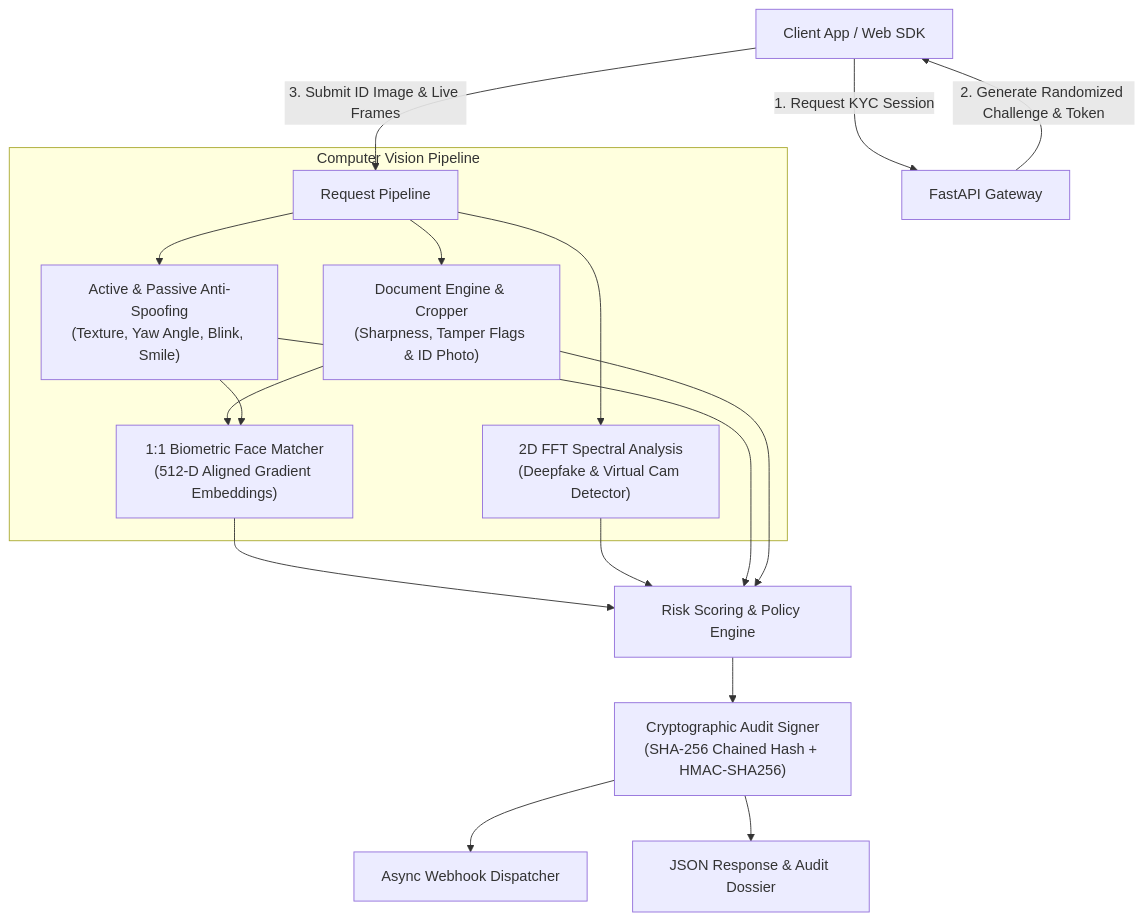
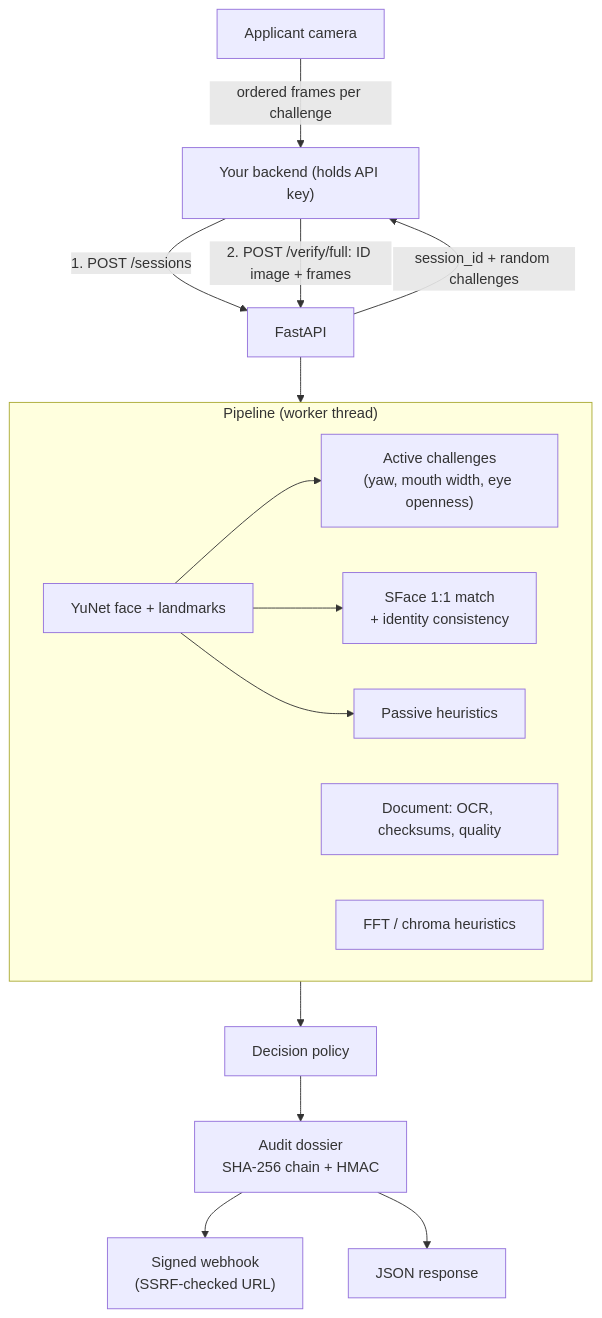
One commit to saravanan-22/trustid-vkyc-service changed the diagram in README.md. Above: the diagram before and after it, drawn with Mermaid. The commit also changed other lines of this file and 71 other files, not shown here.

````diff
--- a/README.md
+++ b/README.md
@@ -29,25 +50,21 @@
 ```mermaid
 flowchart TD
-    Client["Client App / Web SDK"] -->|1. Request KYC Session| API["FastAPI Gateway"]
-    API -->|2. Generate Randomized Challenge & Token| Client
-    
-    Client -->|3. Submit ID Image & Live Frames| Ingestion["Request Pipeline"]
-    
-    subgraph Computer Vision Pipeline
-        Ingestion --> DeepfakeMod["2D FFT Spectral Analysis<br/>(Deepfake & Virtual Cam Detector)"]
-        Ingestion --> LivenessMod["Active & Passive Anti-Spoofing<br/>(Texture, Yaw Angle, Blink, Smile)"]
-        Ingestion --> DocOCR["Document Engine & Cropper<br/>(Sharpness, Tamper Flags & ID Photo)"]
-        
-        DocOCR --> BiometricMatch["1:1 Biometric Face Matcher<br/>(512-D Aligned Gradient Embeddings)"]
-        LivenessMod --> BiometricMatch
+    Backend["Your backend (holds API key)"] -->|1. POST /sessions| API["FastAPI"]
+    API -->|session_id + random challenges| Backend
+    Browser["Applicant camera"] -->|ordered frames per challenge| Backend
+    Backend -->|2. POST /verify/full: ID image + frames| API
+
+    subgraph Pipeline["Pipeline (worker thread)"]
+        Detect["YuNet face + landmarks"] --> Active["Active challenges<br/>(yaw, mouth width, eye openness)"]
+        Detect --> Match["SFace 1:1 match<br/>+ identity consistency"]
+        Detect --> Passive["Passive heuristics"]
+        Doc["Document: OCR, checksums, quality"]
+        FFT["FFT / chroma heuristics"]
     end
-    
-    BiometricMatch --> Decision["Risk Scoring & Policy Engine"]
-    DeepfakeMod --> Decision
-    LivenessMod --> Decision
-    DocOCR --> Decision
-    
-    Decision --> Audit["Cryptographic Audit Signer<br/>(SHA-256 Chained Hash + HMAC-SHA256)"]
-    Audit --> Webhook["Async Webhook Dispatcher"]
-    Audit --> Response["JSON Response & Audit Dossier"]
+
+    API --> Pipeline
+    Pipeline --> Policy["Decision policy"]
+    Policy --> Audit["Audit dossier<br/>SHA-256 chain + HMAC"]
+    Audit --> Webhook["Signed webhook<br/>(SSRF-checked URL)"]
+    Audit --> Response["JSON response"]
 ```
````
